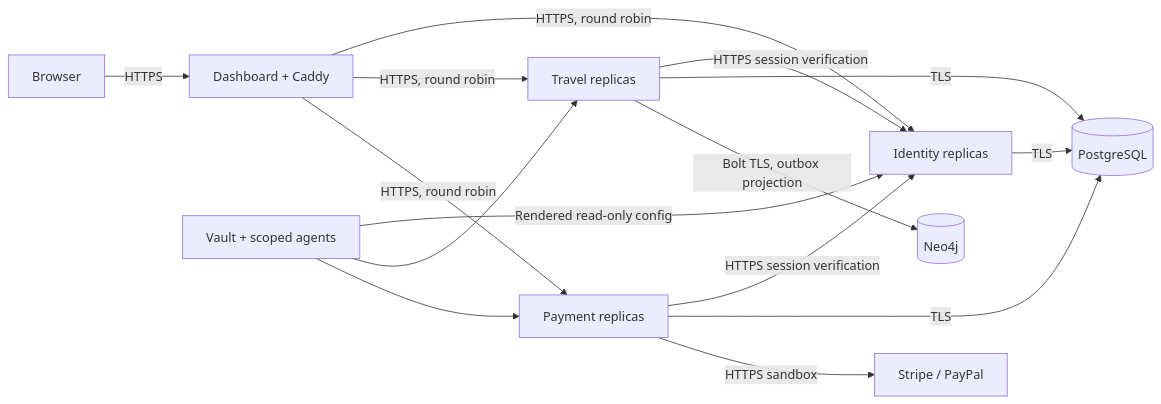
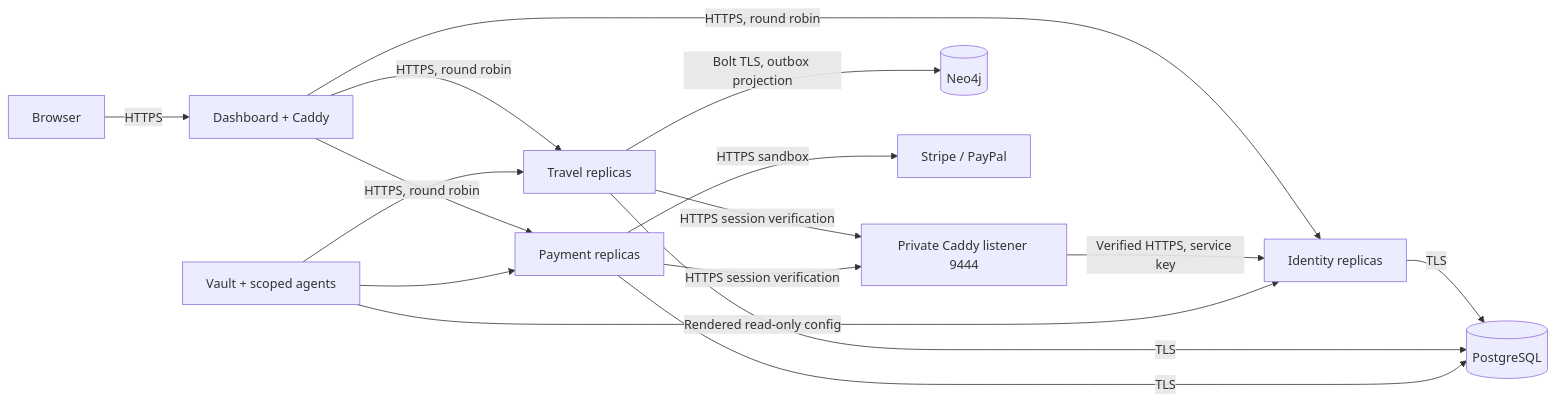
Before and after one commit to hujaafar/travel-plan: the diagram in README.md, drawn with Mermaid. The commit also changed other lines of this file and 8 other files, not shown here.

````diff
--- a/README.md
+++ b/README.md
@@ -67,17 +67,18 @@
 ```mermaid
 flowchart LR
     Browser -->|HTTPS| Gateway[Dashboard + Caddy]
     Gateway -->|HTTPS, round robin| Identity[Identity replicas]
     Gateway -->|HTTPS, round robin| Travel[Travel replicas]
     Gateway -->|HTTPS, round robin| Payments[Payment replicas]
-    Travel -->|HTTPS session verification| Identity
-    Payments -->|HTTPS session verification| Identity
+    Travel -->|HTTPS session verification| PrivateAuth[Private Caddy listener 9444]
+    Payments -->|HTTPS session verification| PrivateAuth
+    PrivateAuth -->|Verified HTTPS, service key| Identity
     Identity -->|TLS| PG[(PostgreSQL)]
     Travel -->|TLS| PG
     Payments -->|TLS| PG
     Travel -->|Bolt TLS, outbox projection| Neo[(Neo4j)]
     Vault[Vault + scoped agents] -->|Rendered read-only config| Identity
     Vault --> Travel
     Vault --> Payments
     Payments -->|HTTPS sandbox| Providers[Stripe / PayPal]
 ```
````
